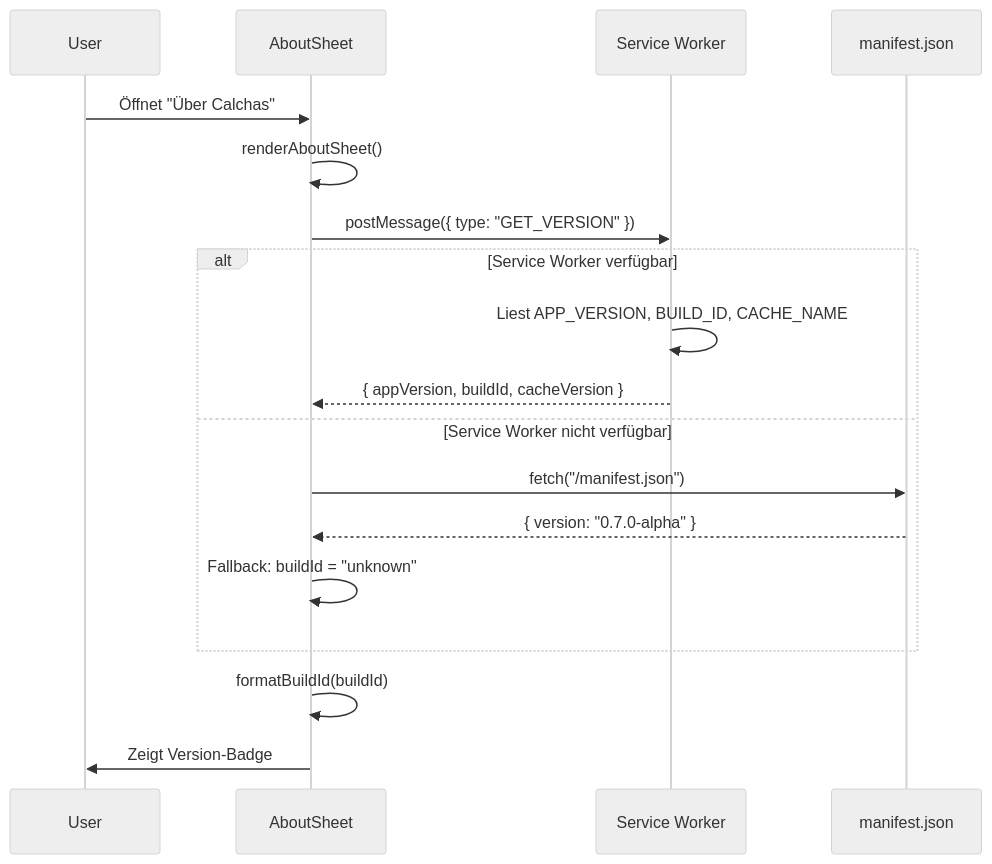
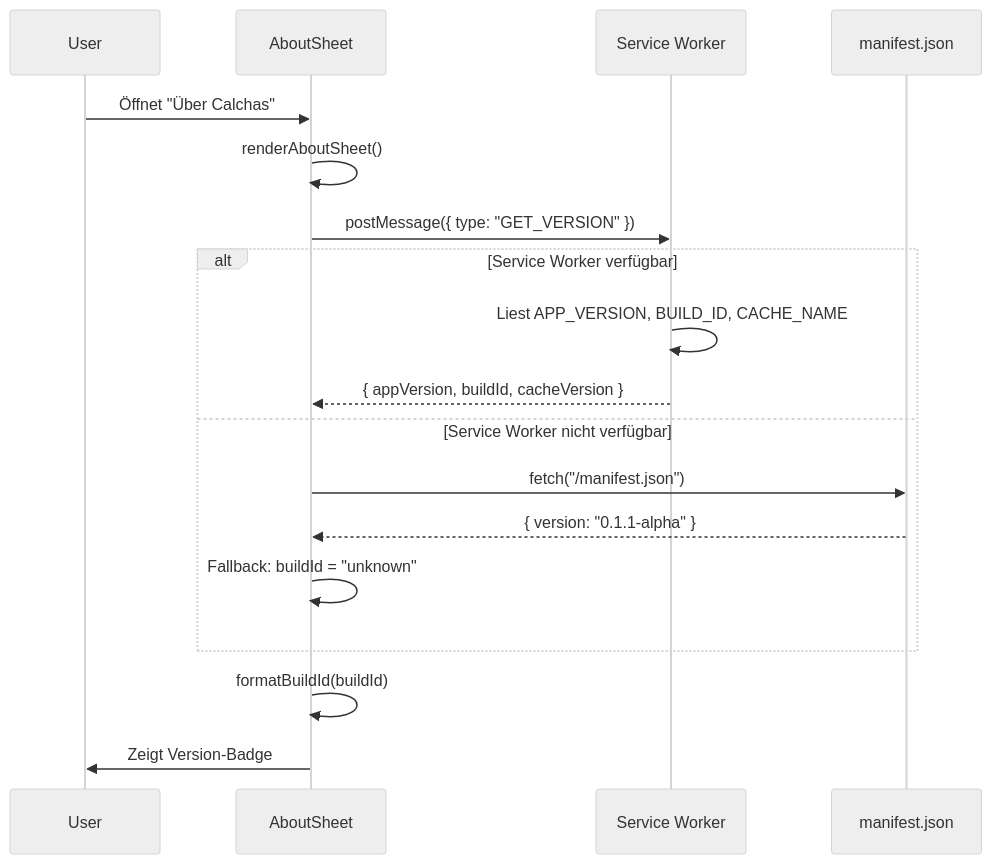
The sixth of 9 diagrams in SYSTEM-ARCHITEKTUR-ANALYSE.md (BFS-IT-AB/Calchas), drawn with Mermaid (neutral theme) before and after one commit. The commit also changed other lines of this file and 1 other file, not shown here.

First line of the commit message:
docs: SYSTEM-ARCHITEKTUR-ANALYSE.md vollständig auf 0.1.1-alpha aktualisiert

````diff
--- a/SYSTEM-ARCHITEKTUR-ANALYSE.md
+++ b/SYSTEM-ARCHITEKTUR-ANALYSE.md
@@ -1566,23 +1566,23 @@
 ```mermaid
 sequenceDiagram
     participant User as User
     participant UI as AboutSheet
     participant SW as Service Worker
     participant M as manifest.json
 
     User->>UI: Öffnet "Über Calchas"
     UI->>UI: renderAboutSheet()
     UI->>SW: postMessage({ type: "GET_VERSION" })
 
     alt Service Worker verfügbar
         SW->>SW: Liest APP_VERSION, BUILD_ID, CACHE_NAME
         SW-->>UI: { appVersion, buildId, cacheVersion }
     else Service Worker nicht verfügbar
         UI->>M: fetch("/manifest.json")
-        M-->>UI: { version: "0.7.0-alpha" }
+        M-->>UI: { version: "0.1.1-alpha" }
         UI->>UI: Fallback: buildId = "unknown"
     end
 
     UI->>UI: formatBuildId(buildId)
     UI->>User: Zeigt Version-Badge
 ```
````
